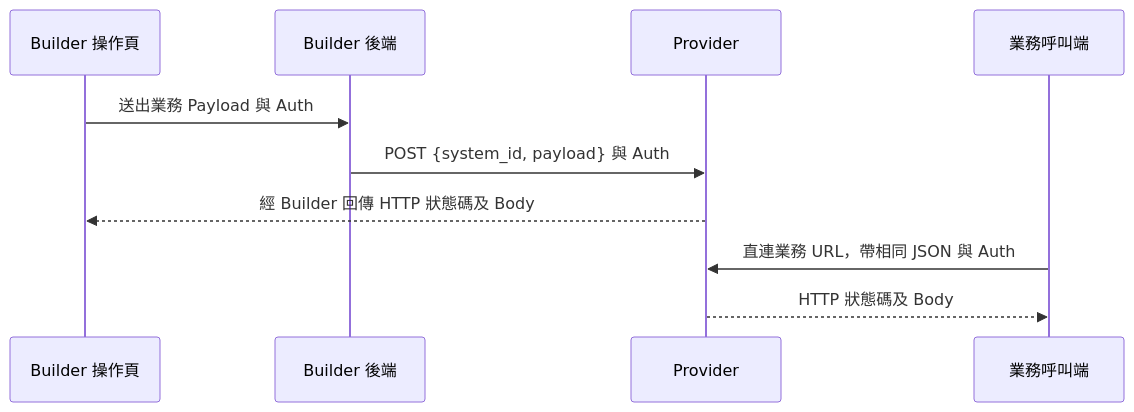
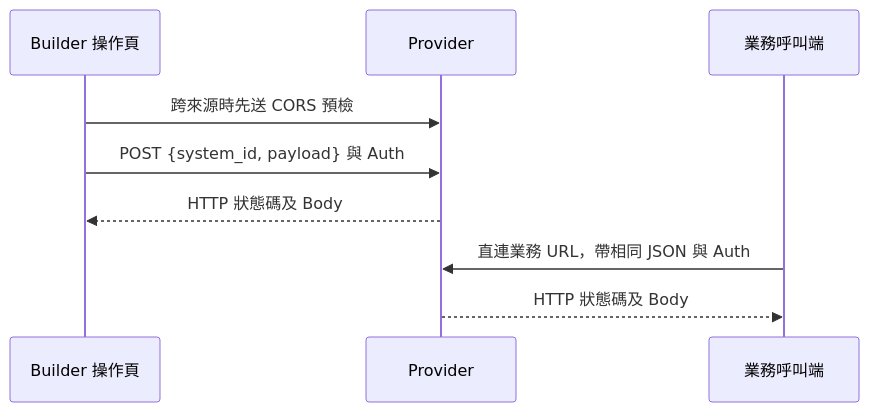
The fourth of 4 diagrams in router_method/architecture.md (SunnyWenwen/rag_platform), drawn with Mermaid before and after one commit. The commit also changed other lines of this file and 7 other files, not shown here.

````diff
--- a/router_method/architecture.md
+++ b/router_method/architecture.md
@@ -51,12 +52,11 @@
 ```mermaid
 sequenceDiagram
     participant U as Builder 操作頁
-    participant B as Builder 後端
     participant P as Provider
     participant C as 業務呼叫端
-    U->>B: 送出業務 Payload 與 Auth
-    B->>P: POST {system_id, payload} 與 Auth
-    P-->>U: 經 Builder 回傳 HTTP 狀態碼及 Body
+    U->>P: 跨來源時先送 CORS 預檢
+    U->>P: POST {system_id, payload} 與 Auth
+    P-->>U: HTTP 狀態碼及 Body
     C->>P: 直連業務 URL，帶相同 JSON 與 Auth
     P-->>C: HTTP 狀態碼及 Body
 ```
````
